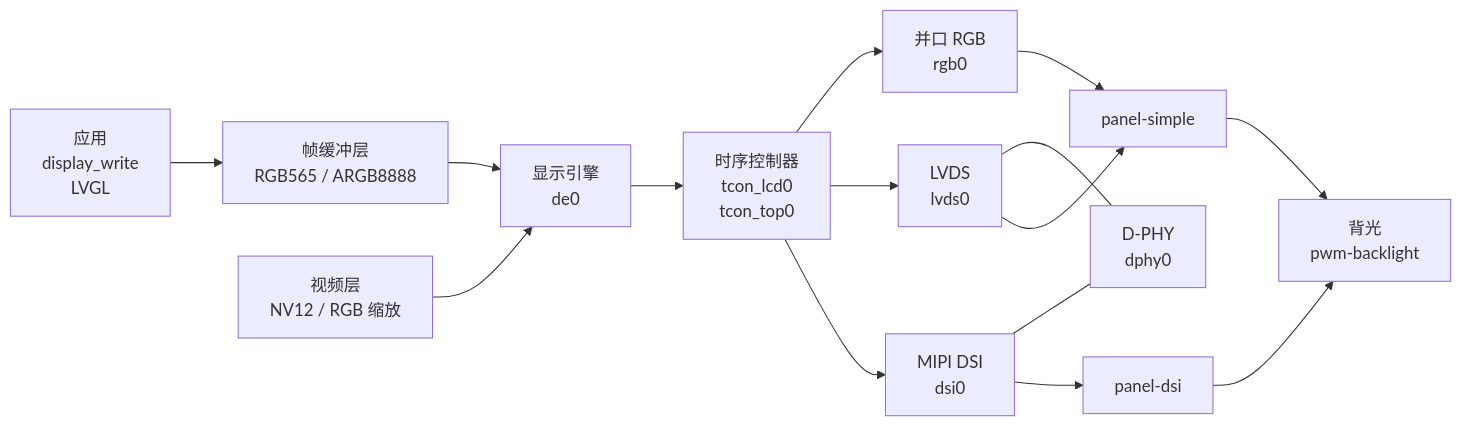
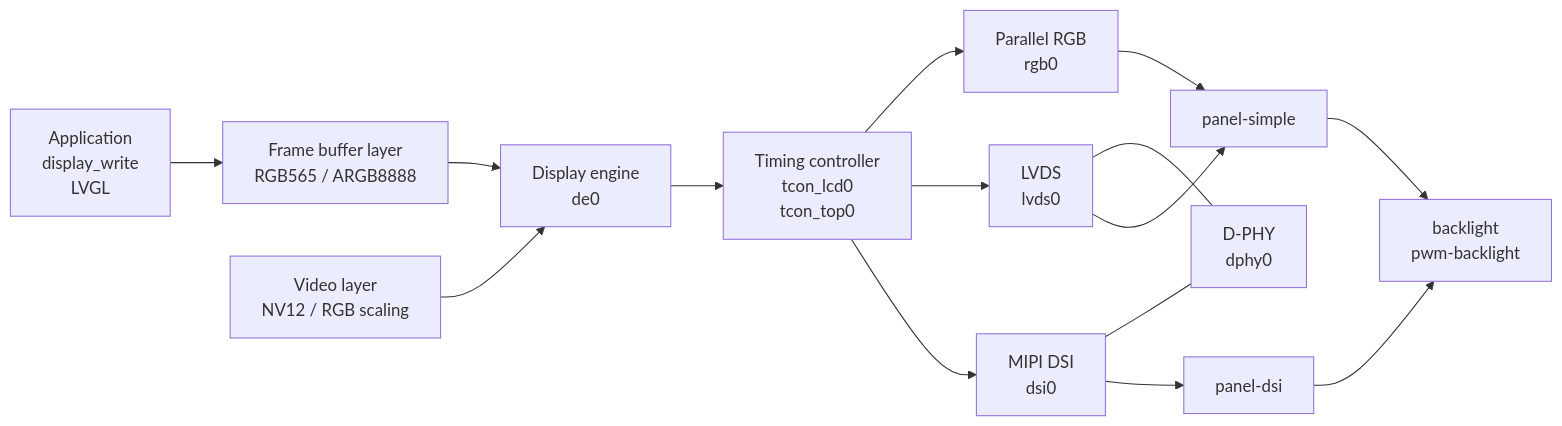
Before and after one commit to YuzukiHD/YuzukiNeko: the diagram in docs/src/content/docs/dev/zephyr/drivers/display.md, drawn with Mermaid. The commit also changed other lines of this file and 216 other files, not shown here.

````diff
--- a/docs/src/content/docs/dev/zephyr/drivers/display.md
+++ b/docs/src/content/docs/dev/zephyr/drivers/display.md
@@ -7,17 +7,17 @@
 ```mermaid
 flowchart LR
-    APP["应用<br/>display_write<br/>LVGL"] --> FB["帧缓冲层<br/>RGB565 / ARGB8888"]
-    VID["视频层<br/>NV12 / RGB 缩放"] --> DE
-    FB --> DE["显示引擎<br/>de0"]
-    DE --> TCON["时序控制器<br/>tcon_lcd0<br/>tcon_top0"]
-    TCON --> RGB["并口 RGB<br/>rgb0"]
+    APP["Application<br/>display_write<br/>LVGL"] --> FB["Frame buffer layer<br/>RGB565 / ARGB8888"]
+    VID["Video layer<br/>NV12 / RGB scaling"] --> DE
+    FB --> DE["Display engine<br/>de0"]
+    DE --> TCON["Timing controller<br/>tcon_lcd0<br/>tcon_top0"]
+    TCON --> RGB["Parallel RGB<br/>rgb0"]
     TCON --> LVDS["LVDS<br/>lvds0"]
     TCON --> DSI["MIPI DSI<br/>dsi0"]
     DSI --- DPHY["D-PHY<br/>dphy0"]
     LVDS --- DPHY
     RGB --> P1["panel-simple"]
     LVDS --> P1
     DSI --> P2["panel-dsi"]
-    P1 --> BL["背光<br/>pwm-backlight"]
+    P1 --> BL["backlight<br/>pwm-backlight"]
     P2 --> BL
 ```
````
